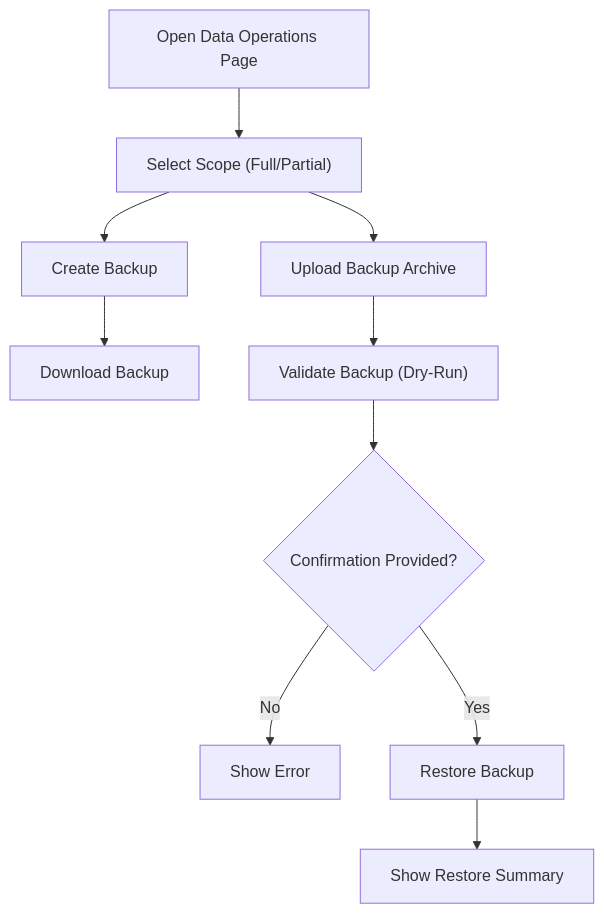
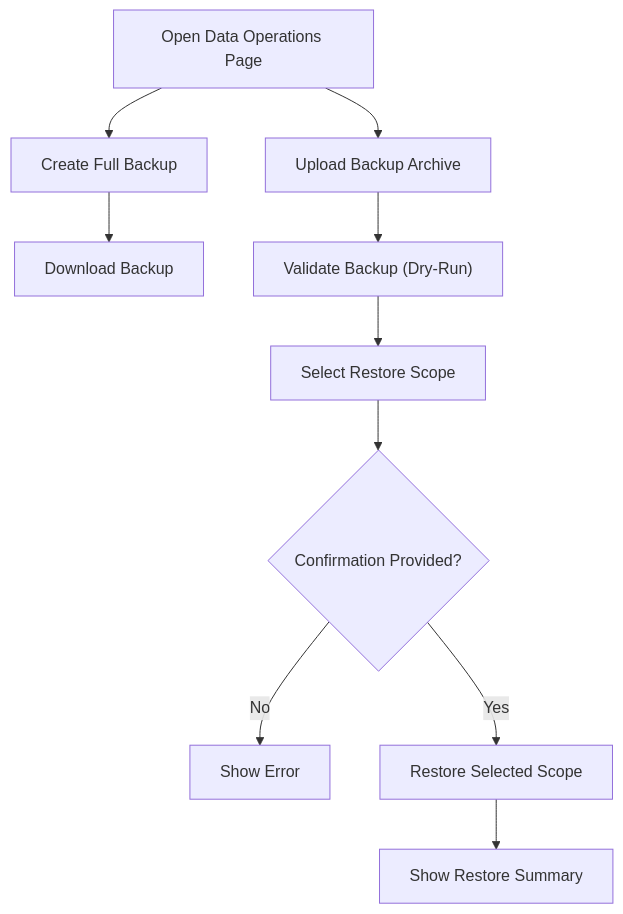
One commit to albauer-priv/RPS changed the first of 19 diagrams in doc/ui/ui_spec.md. Above: the diagram before and after it, drawn with Mermaid. The commit also changed other lines of this file and 3 other files, not shown here.

Commit message:
Update backup/restore docs

````diff
--- a/doc/ui/ui_spec.md
+++ b/doc/ui/ui_spec.md
@@ -158,12 +158,12 @@
 ```mermaid
 flowchart TD
-    A["Open Data Operations Page"] --> B["Select Scope (Full/Partial)"]
-    B --> C["Create Backup"]
-    C --> D["Download Backup"]
-    B --> E["Upload Backup Archive"]
-    E --> F["Validate Backup (Dry-Run)"]
+    A["Open Data Operations Page"] --> B["Create Full Backup"]
+    B --> C["Download Backup"]
+    A --> D["Upload Backup Archive"]
+    D --> E["Validate Backup (Dry-Run)"]
+    E --> F["Select Restore Scope"]
     F --> G{"Confirmation Provided?"}
     G -- "No" --> H["Show Error"]
-    G -- "Yes" --> I["Restore Backup"]
+    G -- "Yes" --> I["Restore Selected Scope"]
     I --> J["Show Restore Summary"]
 ```
````
